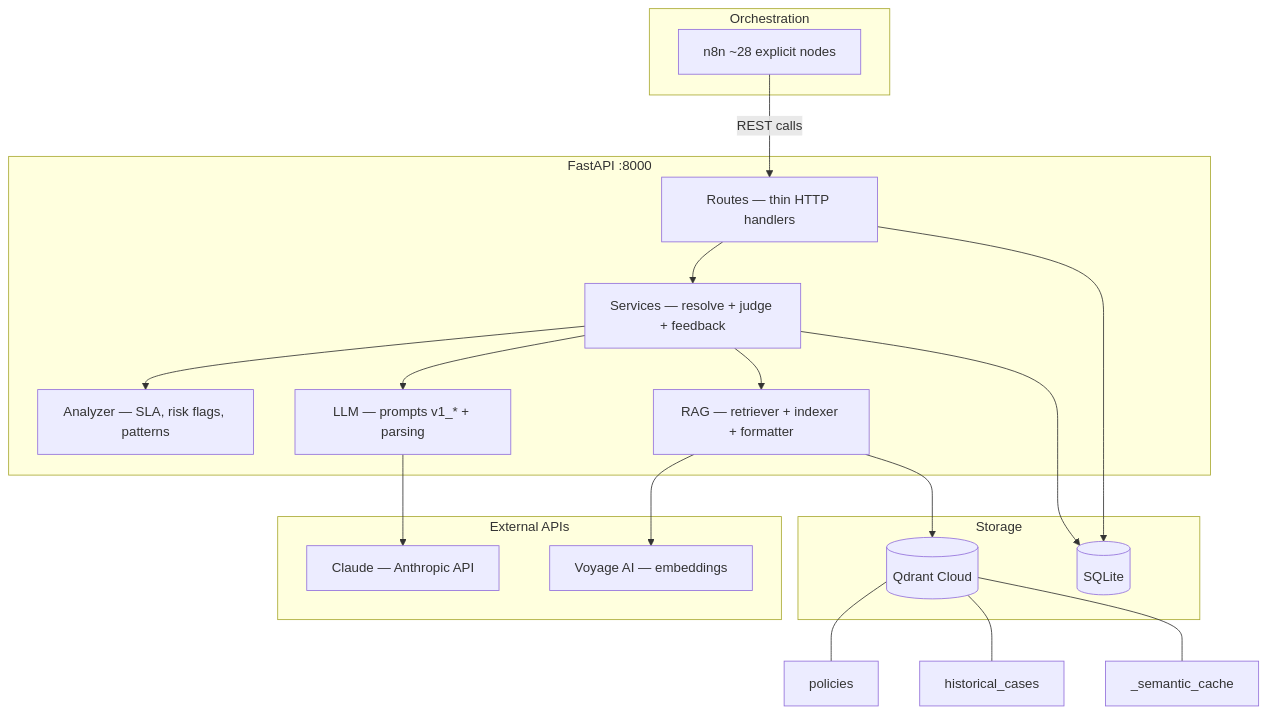
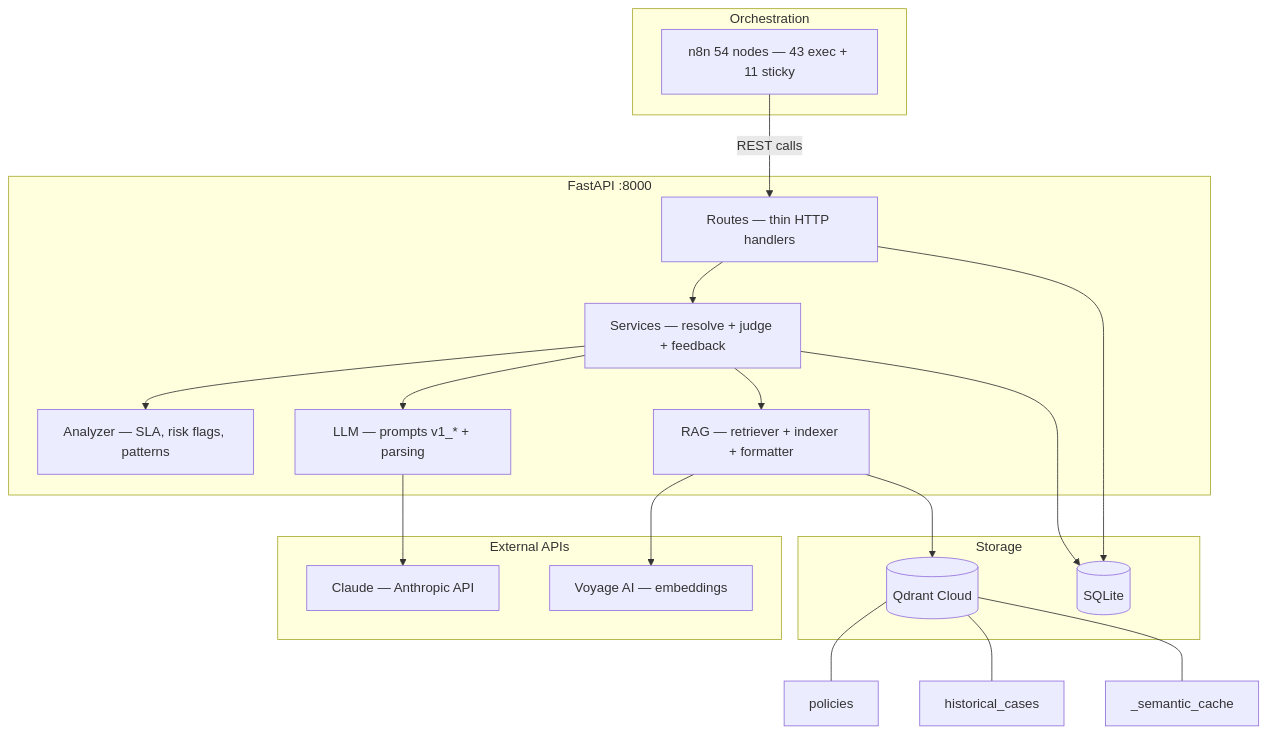
The diagram in README.md (federicomoroz/ciri-api-aux-sourcecode), drawn with Mermaid before and after one commit. The commit also changed other lines of this file and 8 other files, not shown here.

````diff
--- a/README.md
+++ b/README.md
@@ -18,39 +18,39 @@
 ```mermaid
 graph TD
     subgraph Orchestration
-        N[n8n ~28 explicit nodes]
+        N[n8n 54 nodes — 43 exec + 11 sticky]
     end
 
     subgraph "FastAPI :8000"
         R[Routes — thin HTTP handlers]
         S[Services — resolve + judge + feedback]
         A[Analyzer — SLA, risk flags, patterns]
         RAG[RAG — retriever + indexer + formatter]
         LLM[LLM — prompts v1_* + parsing]
     end
 
     subgraph Storage
         Q[(Qdrant Cloud)]
         DB[(SQLite)]
     end
 
     subgraph "External APIs"
         C[Claude — Anthropic API]
         V[Voyage AI — embeddings]
     end
 
     N -->|REST calls| R
     R --> S
     S --> A
     S --> RAG
     S --> LLM
     RAG --> Q
     RAG --> V
     LLM --> C
     S --> DB
     R --> DB
 
     Q --- P[policies]
     Q --- HC[historical_cases]
     Q --- SC[_semantic_cache]
 ```
````
